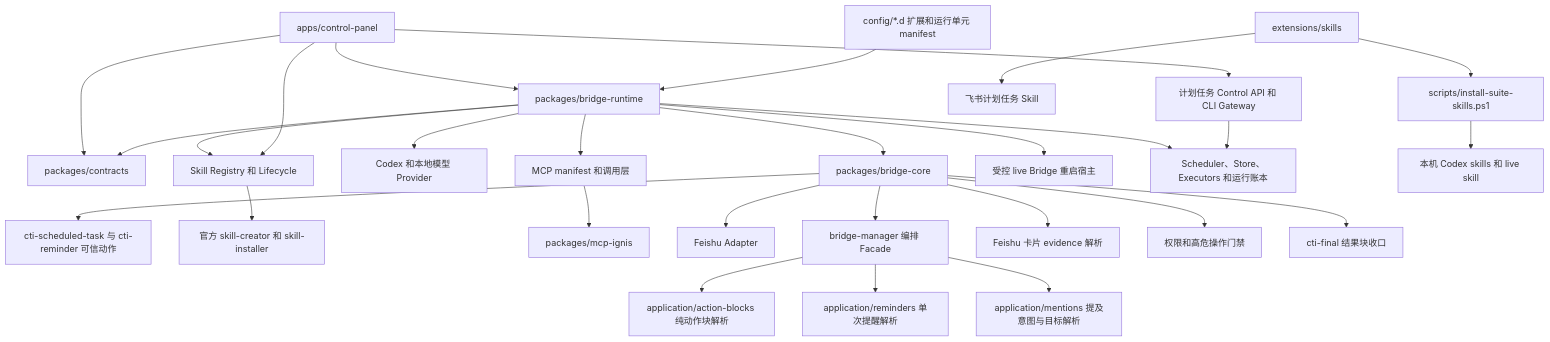
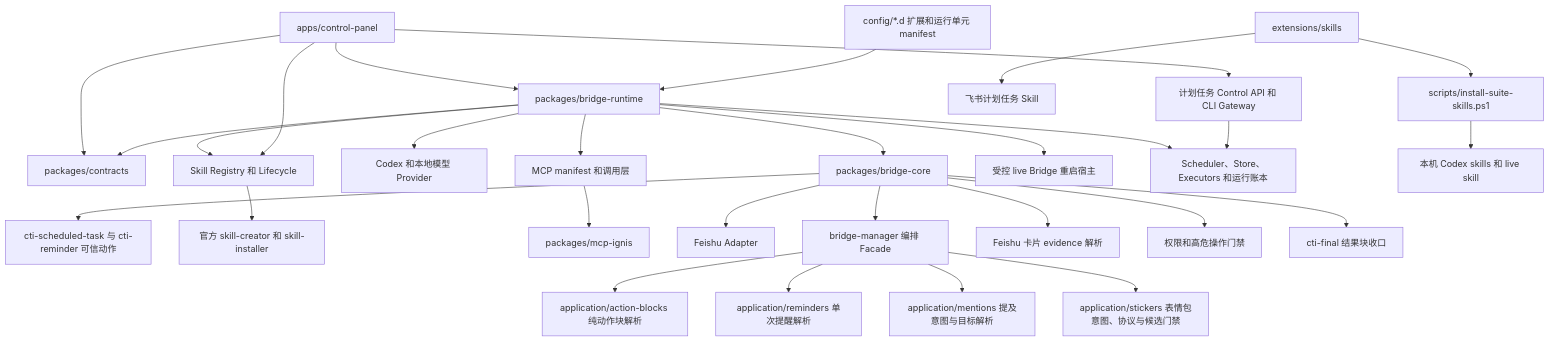
One commit to dddfuxi/codex-im-suite changed the second of 17 diagrams in docs/PROJECT-ARCHITECTURE.md. Above: the diagram before and after it, drawn with Mermaid. The commit also changed other lines of this file and 5 other files, not shown here.

Commit message:
refactor: extract sticker policy

````diff
--- a/docs/PROJECT-ARCHITECTURE.md
+++ b/docs/PROJECT-ARCHITECTURE.md
@@ -64,30 +64,31 @@
 ```mermaid
 flowchart TD
   Panel[apps/control-panel] --> Runtime[packages/bridge-runtime]
   Panel --> Contracts[packages/contracts]
   Runtime --> Contracts
   Runtime --> Core[packages/bridge-core]
   Runtime --> ProviderLayer[Codex 和本地模型 Provider]
   Runtime --> McpLayer[MCP manifest 和调用层]
   Runtime --> SkillLifecycle[Skill Registry 和 Lifecycle]
   Runtime --> BridgeControl[受控 live Bridge 重启宿主]
   Runtime --> ScheduledEngine[Scheduler、Store、Executors 和运行账本]
   Core --> ScheduledActions[cti-scheduled-task 与 cti-reminder 可信动作]
   Panel --> ScheduledGateway[计划任务 Control API 和 CLI Gateway]
   ScheduledGateway --> ScheduledEngine
   SkillLifecycle --> OfficialSkillTools[官方 skill-creator 和 skill-installer]
   Panel --> SkillLifecycle
   McpLayer --> IgnisPackage[packages/mcp-ignis]
   Core --> FeishuAdapter[Feishu Adapter]
   Core --> BridgeFacade[bridge-manager 编排 Facade]
   BridgeFacade --> ActionBlocks[application/action-blocks 纯动作块解析]
   BridgeFacade --> ReminderParsing[application/reminders 单次提醒解析]
   BridgeFacade --> MentionParsing[application/mentions 提及意图与目标解析]
+  BridgeFacade --> StickerPolicy[application/stickers 表情包意图、协议与候选门禁]
   Core --> FeishuCardEvidence[Feishu 卡片 evidence 解析]
   Core --> PermissionBroker[权限和高危操作门禁]
   Core --> ReplyEnvelope[cti-final 结果块收口]
   Config[config/*.d 扩展和运行单元 manifest] --> Runtime
   Extensions[extensions/skills] --> Scripts[scripts/install-suite-skills.ps1]
   Extensions --> ScheduledSkill[飞书计划任务 Skill]
   Scripts --> CodexSkills[本机 Codex skills 和 live skill]
 ```
````
